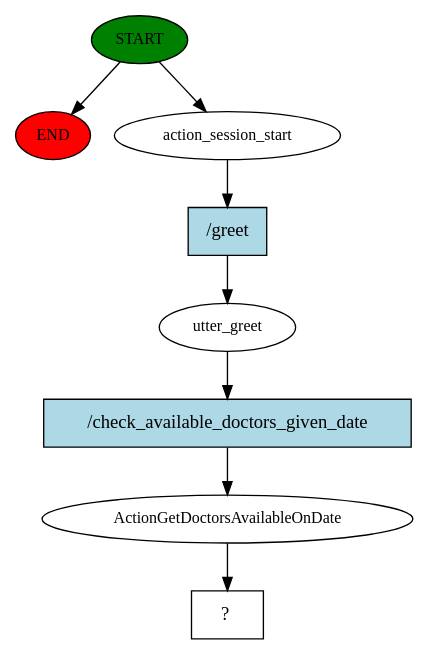
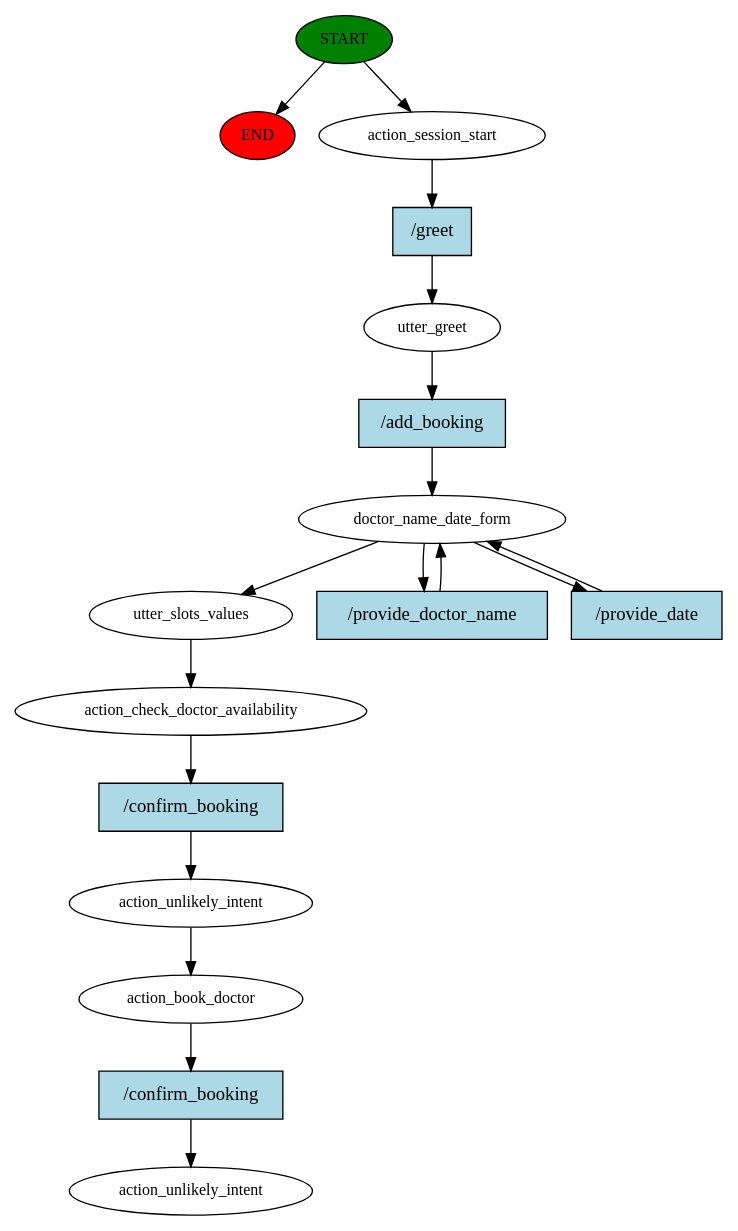
The diagram in story_graph.dot (RuwanUdayanga/Chatbot3.0), drawn with Graphviz before and after one commit. The commit also changed 458 other files, not shown here.

```diff
--- a/story_graph.dot
+++ b/story_graph.dot
@@ -1,17 +1,35 @@
 digraph  {
 0 [class="start active", fillcolor=green, fontsize=12, label=START, style=filled];
 "-1" [class=end, fillcolor=red, fontsize=12, label=END, style=filled];
 1 [class=active, fontsize=12, label=action_session_start];
 2 [class=active, fontsize=12, label=utter_greet];
-3 [class=active, fontsize=12, label=ActionGetDoctorsAvailableOnDate];
-4 [class="intent dashed active", label="  ?  ", shape=rect];
-5 [class="intent active", fillcolor=lightblue, label="/greet", shape=rect, style=filled];
-6 [class="intent active", fillcolor=lightblue, label="/check_available_doctors_given_date", shape=rect, style=filled];
+3 [class=active, fontsize=12, label=doctor_name_date_form];
+6 [class=active, fontsize=12, label=utter_slots_values];
+7 [class=active, fontsize=12, label=action_check_doctor_availability];
+8 [class=active, fontsize=12, label=action_unlikely_intent];
+9 [class=active, fontsize=12, label=action_book_doctor];
+10 [class="dashed active", fontsize=12, label=action_unlikely_intent];
+11 [class="intent active", fillcolor=lightblue, label="/greet", shape=rect, style=filled];
+12 [class="intent active", fillcolor=lightblue, label="/add_booking", shape=rect, style=filled];
+13 [class="intent active", fillcolor=lightblue, label="/provide_doctor_name", shape=rect, style=filled];
+14 [class="intent active", fillcolor=lightblue, label="/provide_date", shape=rect, style=filled];
+15 [class="intent active", fillcolor=lightblue, label="/confirm_booking", shape=rect, style=filled];
+16 [class="intent active", fillcolor=lightblue, label="/confirm_booking", shape=rect, style=filled];
 0 -> "-1"  [class="", key=NONE, label=""];
 0 -> 1  [class=active, key=NONE, label=""];
-1 -> 5  [class=active, key=0];
-2 -> 6  [class=active, key=0];
-3 -> 4  [class=active, key=NONE, label=""];
-5 -> 2  [class=active, key=0];
-6 -> 3  [class=active, key=0];
+1 -> 11  [class=active, key=0];
+2 -> 12  [class=active, key=0];
+3 -> 6  [class=active, key=NONE, label=""];
+3 -> 13  [class=active, key=0];
+3 -> 14  [class=active, key=0];
+6 -> 7  [class=active, key=NONE, label=""];
+7 -> 15  [class=active, key=0];
+8 -> 9  [class=active, key=NONE, label=""];
+9 -> 16  [class=active, key=0];
+11 -> 2  [class=active, key=0];
+12 -> 3  [class=active, key=0];
+13 -> 3  [class=active, key=0];
+14 -> 3  [class=active, key=0];
+15 -> 8  [class=active, key=0];
+16 -> 10  [class=active, key=0];
 }
```
